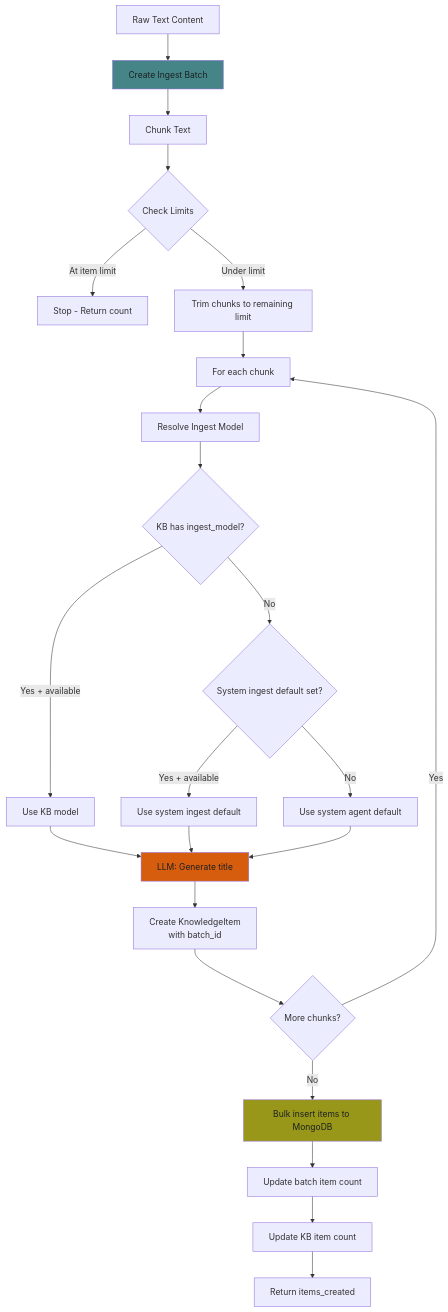
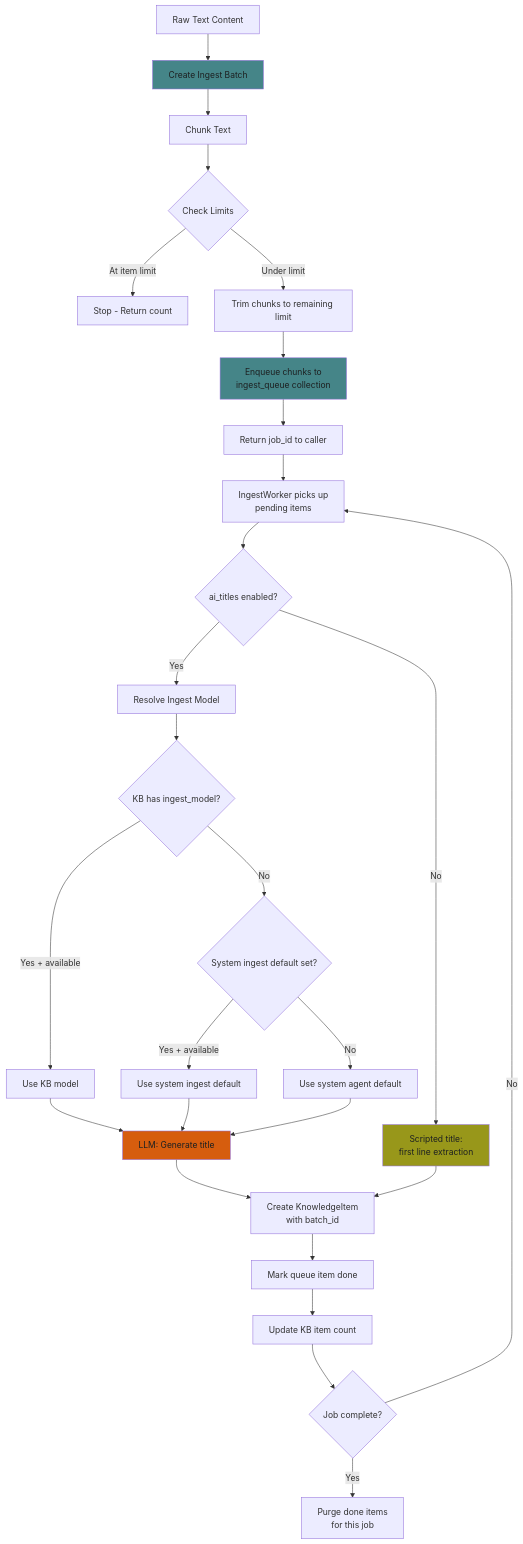
Before and after one commit to 0xdiNGo/kabAI: the second of 11 diagrams in docs/knowledge-ingestion.md, drawn with Mermaid. The commit also changed other lines of this file and 7 other files, not shown here.

````diff
--- a/docs/knowledge-ingestion.md
+++ b/docs/knowledge-ingestion.md
@@ -51,33 +53,40 @@
 ```mermaid
 flowchart TD
     A[Raw Text Content] --> B[Create Ingest Batch]
     B --> C[Chunk Text]
     
     C --> D{Check Limits}
     D -->|At item limit| E[Stop - Return count]
     D -->|Under limit| F[Trim chunks to remaining limit]
     
-    F --> G[For each chunk]
-    G --> H[Resolve Ingest Model]
-    H --> I{KB has ingest_model?}
-    I -->|Yes + available| J[Use KB model]
-    I -->|No| K{System ingest default set?}
-    K -->|Yes + available| L[Use system ingest default]
-    K -->|No| M[Use system agent default]
+    F --> G[Enqueue chunks to<br/>ingest_queue collection]
+    G --> H[Return job_id to caller]
     
-    J --> N[LLM: Generate title]
-    L --> N
-    M --> N
+    H --> I[IngestWorker picks up<br/>pending items]
+    I --> J{ai_titles enabled?}
+    J -->|Yes| K[Resolve Ingest Model]
+    J -->|No| L[Scripted title:<br/>first line extraction]
     
-    N --> O[Create KnowledgeItem<br/>with batch_id]
-    O --> P{More chunks?}
-    P -->|Yes| G
-    P -->|No| Q[Bulk insert items to MongoDB]
-    Q --> R[Update batch item count]
-    R --> S[Update KB item count]
-    S --> T[Return items_created]
+    K --> M{KB has ingest_model?}
+    M -->|Yes + available| N[Use KB model]
+    M -->|No| O{System ingest default set?}
+    O -->|Yes + available| P[Use system ingest default]
+    O -->|No| Q[Use system agent default]
+    
+    N --> R[LLM: Generate title]
+    P --> R
+    Q --> R
+    
+    R --> S[Create KnowledgeItem<br/>with batch_id]
+    L --> S
+    S --> T[Mark queue item done]
+    T --> U[Update KB item count]
+    U --> V{Job complete?}
+    V -->|Yes| W[Purge done items<br/>for this job]
+    V -->|No| I
 
     style B fill:#458588,color:#1d2021
-    style N fill:#d65d0e,color:#1d2021
-    style Q fill:#98971a,color:#1d2021
+    style R fill:#d65d0e,color:#1d2021
+    style L fill:#98971a,color:#1d2021
+    style G fill:#458588,color:#1d2021
 ```
````
